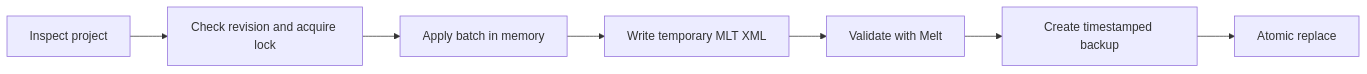
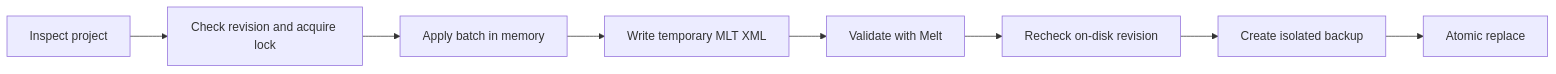
Before and after one commit to matrodrigs/shotcut-mcp: the diagram in README.md, drawn with Mermaid. The commit also changed other lines of this file and 6 other files, not shown here.

````diff
--- a/README.md
+++ b/README.md
@@ -143,9 +154,10 @@
 ```mermaid
 flowchart LR
     A["Inspect project"] --> B["Check revision and acquire lock"]
     B --> C["Apply batch in memory"]
     C --> D["Write temporary MLT XML"]
     D --> E["Validate with Melt"]
-    E --> F["Create timestamped backup"]
-    F --> G["Atomic replace"]
+    E --> F["Recheck on-disk revision"]
+    F --> G["Create isolated backup"]
+    G --> H["Atomic replace"]
 ```
````
